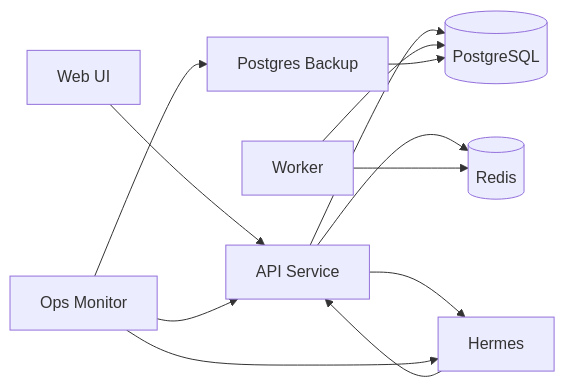
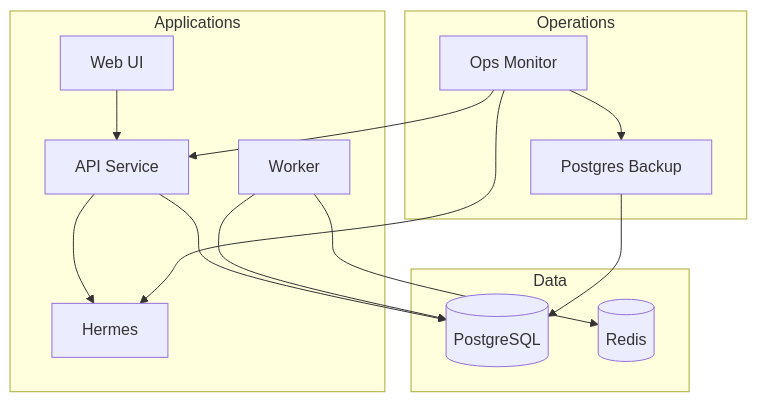
Before and after one commit to rustygreen/life-os: the diagram in README.md, drawn with Mermaid. The commit also changed 1 other file, not shown here.

````diff
--- a/README.md
+++ b/README.md
@@ -61,14 +61,29 @@
 ```mermaid
-flowchart LR
-  U[Web UI] --> API[API Service]
-  API --> DB[(PostgreSQL)]
-  API --> Q[(Redis)]
-  API --> H[Hermes]
-  W[Worker] --> Q
-  W --> DB
-  H --> API
-  B[Postgres Backup] --> DB
-  M[Ops Monitor] --> API
-  M --> H
-  M --> B
+flowchart TB
+  subgraph Applications
+    WEB[Web UI]
+    API[API Service]
+    HERMES[Hermes]
+    WORKER[Worker]
+  end
+
+  subgraph Data
+    PG[(PostgreSQL)]
+    REDIS[(Redis)]
+  end
+
+  subgraph Operations
+    BACKUP[Postgres Backup]
+    OPS[Ops Monitor]
+  end
+
+  WEB --> API
+  API --> HERMES
+  API --> PG
+  WORKER --> REDIS
+  WORKER --> PG
+  BACKUP --> PG
+  OPS --> API
+  OPS --> HERMES
+  OPS --> BACKUP
 ```
````
